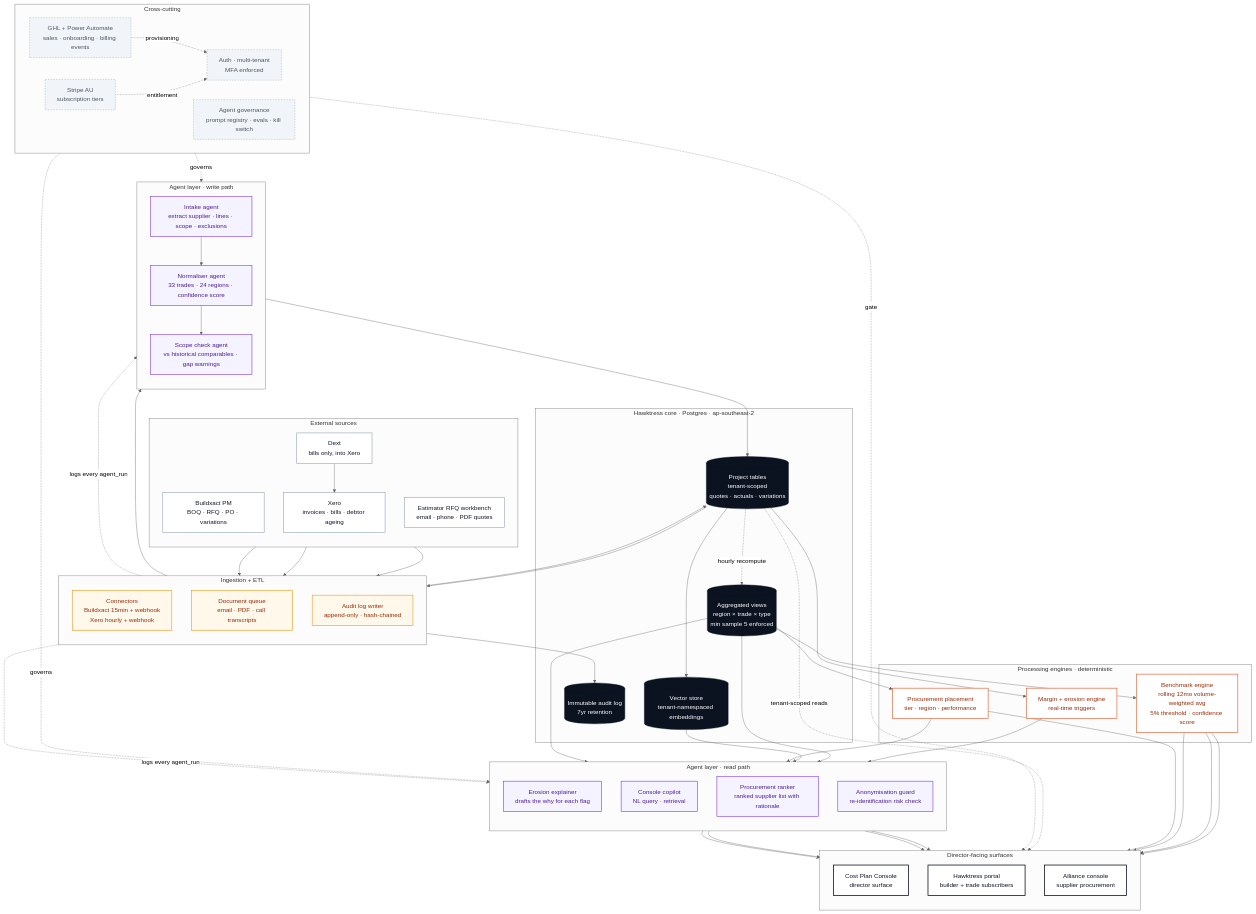
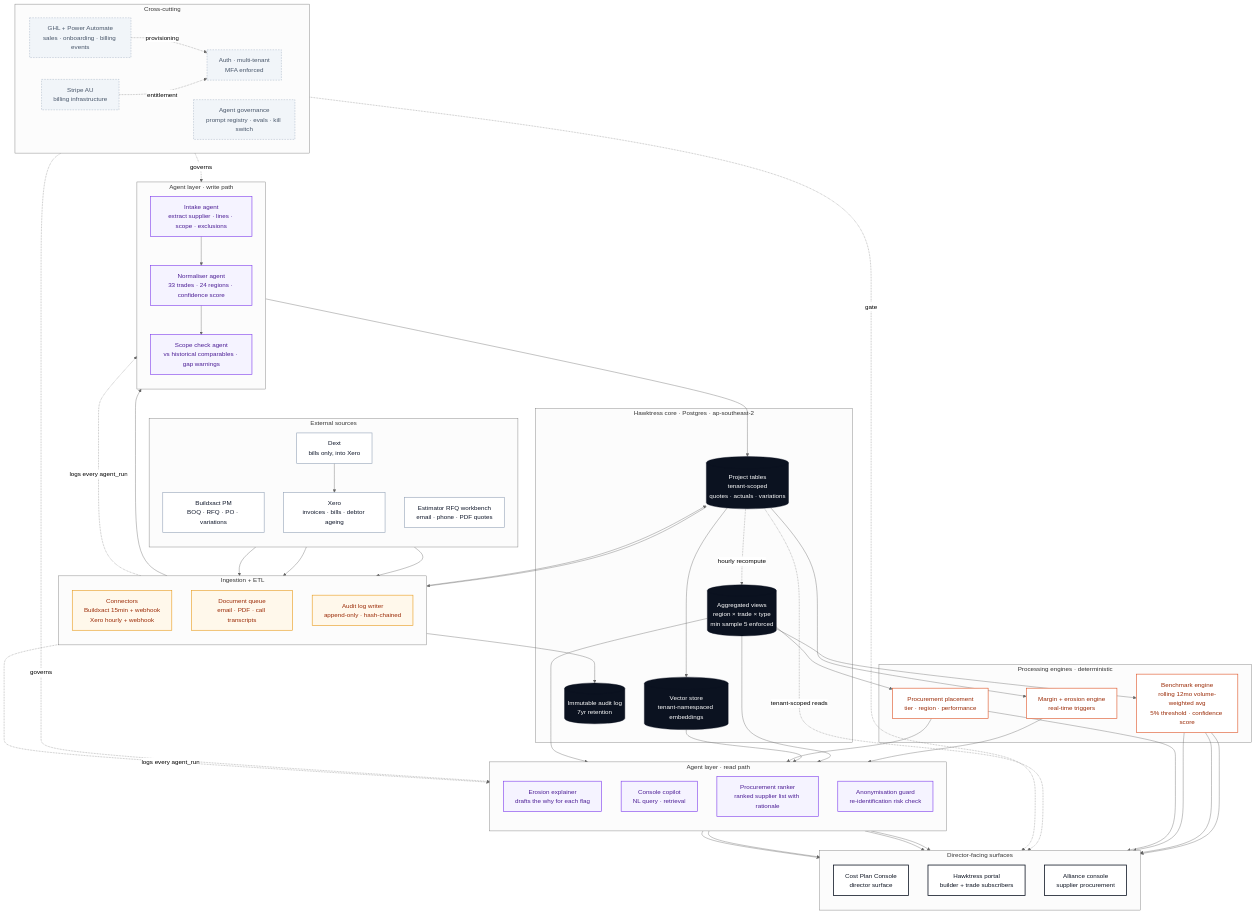
Before and after one commit to staceopsguy/buildhawk-site: the first of 3 diagrams in src/app/command-centre/architecture/diagrams.md, drawn with Mermaid (neutral theme). The commit also changed 6 other files, not shown here.

```diff
--- a/src/app/command-centre/architecture/diagrams.md
+++ b/src/app/command-centre/architecture/diagrams.md
@@ -75,7 +75,7 @@
   subgraph Cross[" Cross-cutting "]
     direction LR
     AUTH["Auth · multi-tenant<br/>MFA enforced"]:::cross
-    BILL["Stripe AU<br/>subscription tiers"]:::cross
+    BILL["Stripe AU<br/>billing infrastructure"]:::cross
     SPINE["GHL + Power Automate<br/>sales · onboarding · billing events"]:::cross
     GOV["Agent governance<br/>prompt registry · evals · kill switch"]:::cross
   end
```
